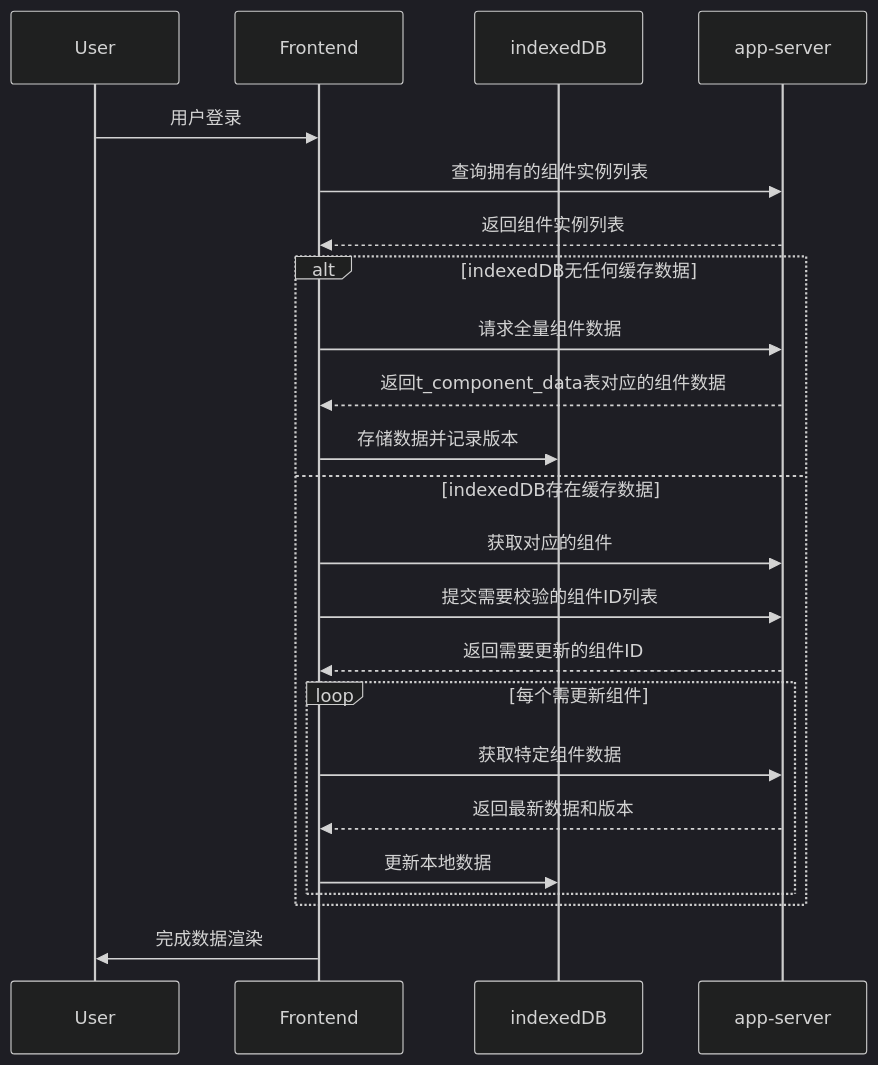
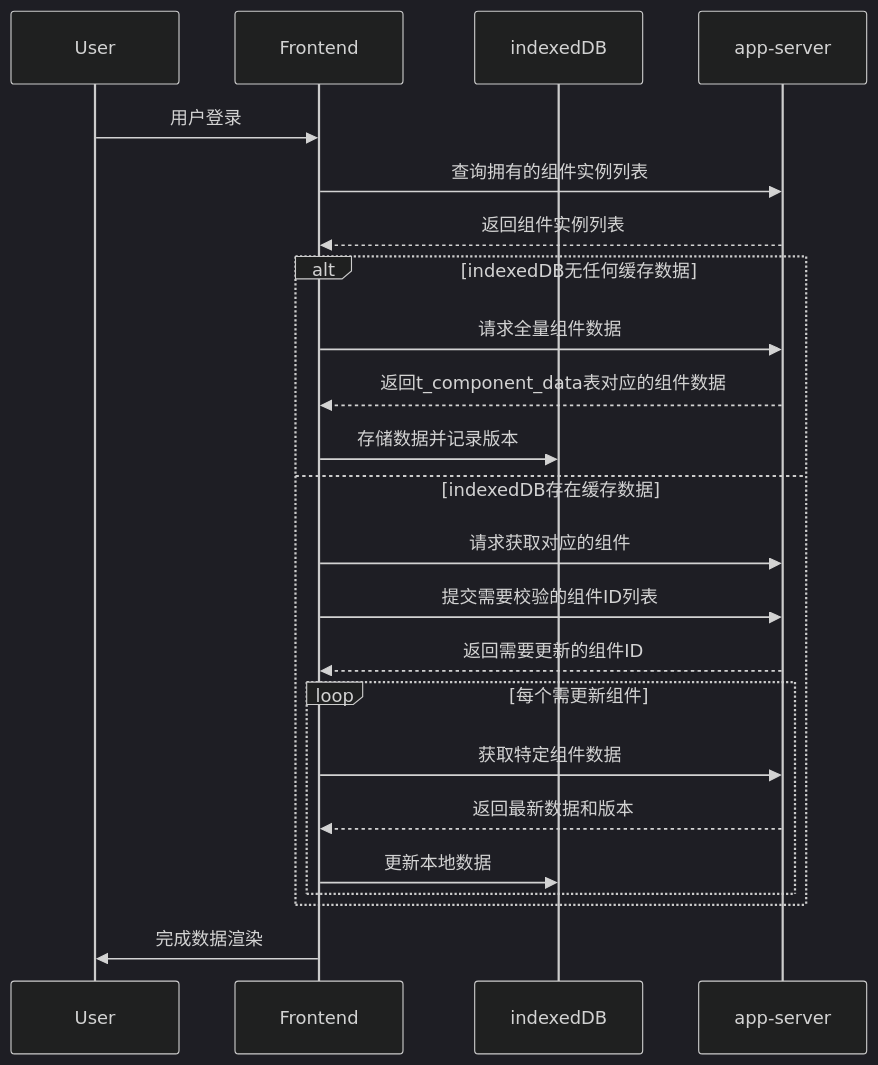
The diagram in all/未命名-24.md (yingjianzh/iodraw-files), drawn with Mermaid (dark theme) before and after one commit.

Commit message:
2025-02-24 17:10:01 update

````diff
--- a/all/未命名-24.md
+++ b/all/未命名-24.md
@@ -1,27 +1,27 @@
 ```mermaid
 sequenceDiagram
     participant User
     participant Frontend
     participant indexedDB
     participant app-server
 
     User->>Frontend: 用户登录
     Frontend->>app-server: 查询拥有的组件实例列表
     app-server-->>Frontend: 返回组件实例列表
     
     alt indexedDB无任何缓存数据
         Frontend->>app-server: 请求全量组件数据
         app-server-->>Frontend: 返回t_component_data表对应的组件数据
         Frontend->>indexedDB: 存储数据并记录版本
     else indexedDB存在缓存数据
-        Frontend->>app-server: 获取对应的组件
+        Frontend->>app-server: 请求获取对应的组件
         Frontend->>app-server: 提交需要校验的组件ID列表
         app-server-->>Frontend: 返回需要更新的组件ID
         loop 每个需更新组件
             Frontend->>app-server: 获取特定组件数据
             app-server-->>Frontend: 返回最新数据和版本
             Frontend->>indexedDB: 更新本地数据
         end
     end
     Frontend->>User: 完成数据渲染
 ```
````
